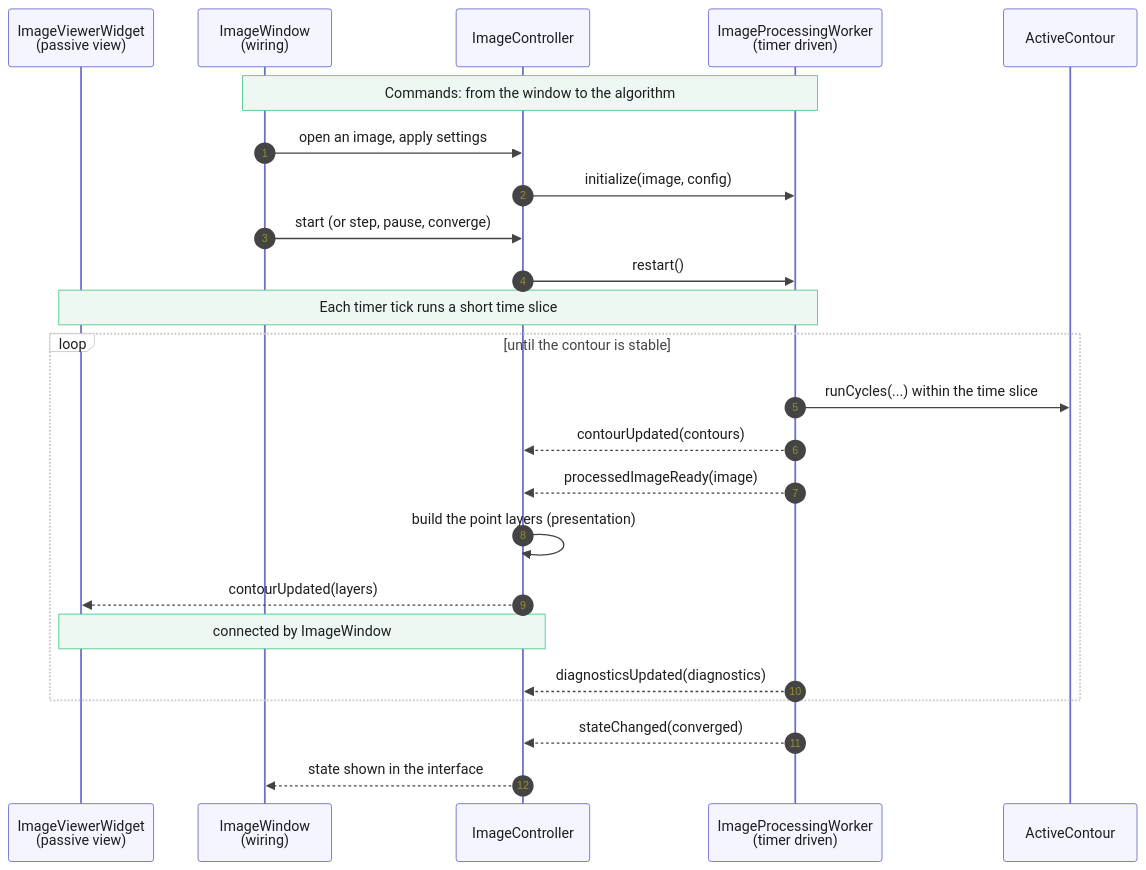
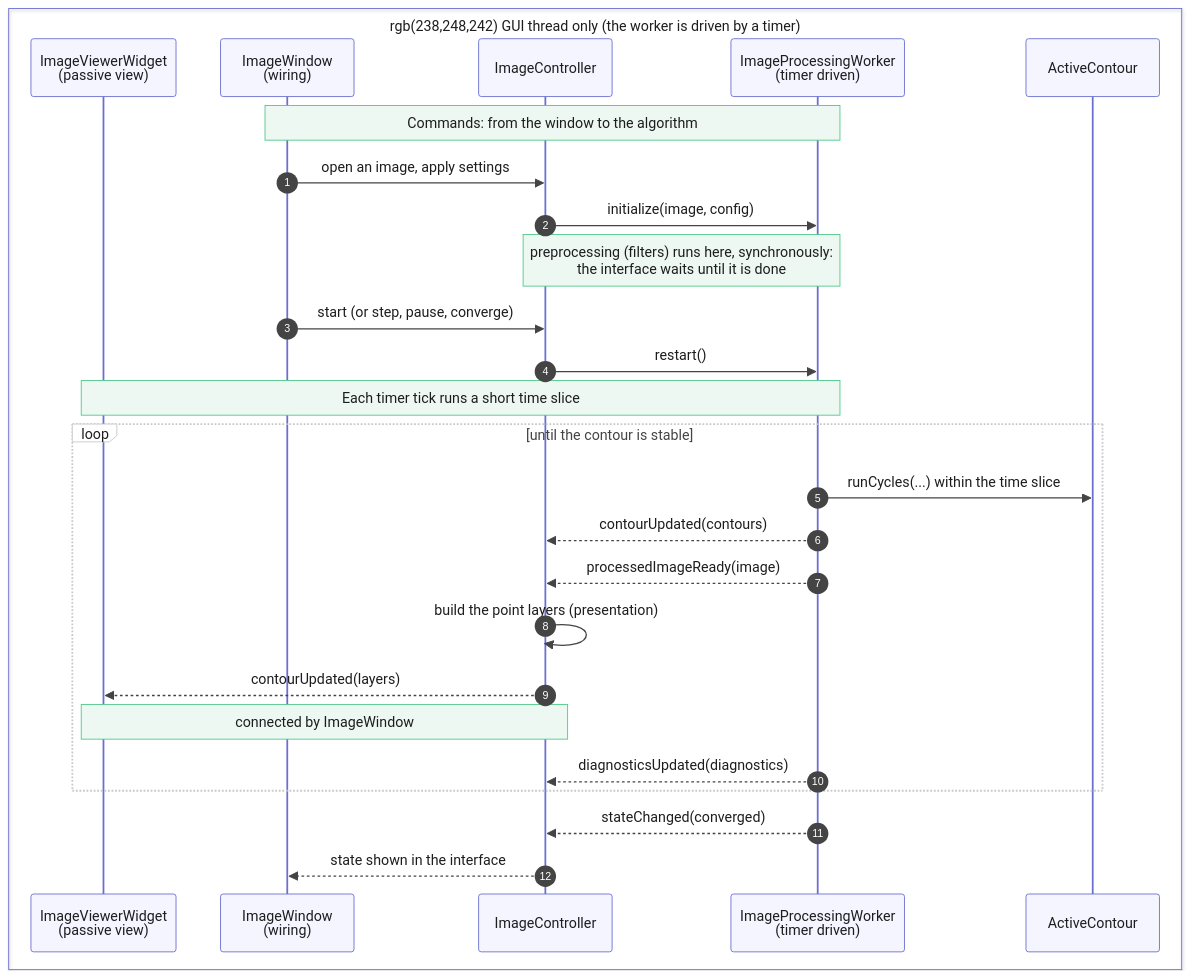
One commit to fluvel-io/fluvel-set changed the diagram in docs/mermaid/image_session_sequence.mmd. Above: the diagram before and after it, drawn with Mermaid. The commit also changed 4 other files, not shown here.

Commit message:
add doc diagrams

```diff
--- a/docs/mermaid/image_session_sequence.mmd
+++ b/docs/mermaid/image_session_sequence.mmd
@@ -1,36 +1,39 @@
 %%{init: {"theme": "base", "themeVariables": {
   "primaryColor": "#f4f5ff", "primaryBorderColor": "#6b6fcf", "primaryTextColor": "#1d1d1f",
   "lineColor": "#6b6fcf", "actorBkg": "#f4f5ff", "actorBorder": "#6b6fcf", "actorTextColor": "#1d1d1f",
   "noteBkgColor": "#eef8f2", "noteBorderColor": "#4fc98a", "noteTextColor": "#1d1d1f",
   "signalColor": "#444444", "signalTextColor": "#1d1d1f", "labelBoxBkgColor": "#ffffff",
-  "labelBoxBorderColor": "#c8c8c8", "loopTextColor": "#444444"}}}%%
+  "labelBoxBorderColor": "#c8c8c8", "loopTextColor": "#444444", "sequenceNumberColor": "#ffffff"}}}%%
 sequenceDiagram
     autonumber
 
-    participant V as ImageViewerWidget<br/>(passive view)
-    participant W as ImageWindow<br/>(wiring)
-    participant C as ImageController
-    participant P as ImageProcessingWorker<br/>(timer driven)
-    participant A as ActiveContour
+    box rgb(238,248,242) GUI thread only (the worker is driven by a timer)
+        participant V as ImageViewerWidget<br/>(passive view)
+        participant W as ImageWindow<br/>(wiring)
+        participant C as ImageController
+        participant P as ImageProcessingWorker<br/>(timer driven)
+        participant A as ActiveContour
+    end
 
     Note over W,P: Commands: from the window to the algorithm
 
     W->>C: open an image, apply settings
     C->>P: initialize(image, config)
+    Note over C,P: preprocessing (filters) runs here, synchronously:<br/>the interface waits until it is done
     W->>C: start (or step, pause, converge)
     C->>P: restart()
 
     Note over P,V: Each timer tick runs a short time slice
 
     loop until the contour is stable
         P->>A: runCycles(...) within the time slice
         P-->>C: contourUpdated(contours)
         P-->>C: processedImageReady(image)
         C->>C: build the point layers (presentation)
         C-->>V: contourUpdated(layers)
         Note over C,V: connected by ImageWindow
         P-->>C: diagnosticsUpdated(diagnostics)
     end
 
     P-->>C: stateChanged(converged)
     C-->>W: state shown in the interface
```
